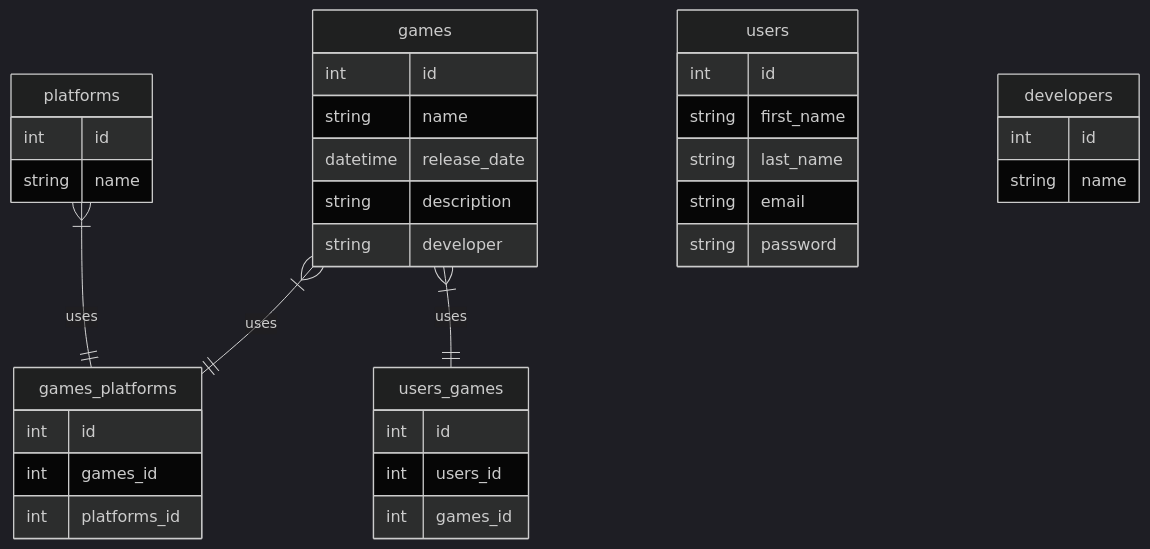
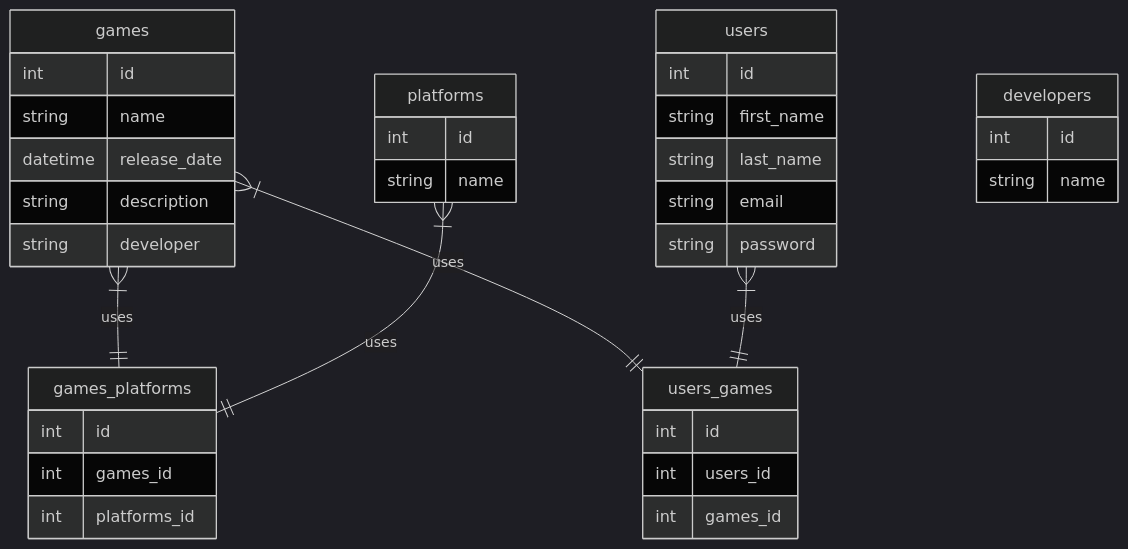
The second of 2 diagrams in README.md (Haikira/VGLogger), drawn with Mermaid before and after one commit.

````diff
--- a/README.md
+++ b/README.md
@@ -39,43 +39,44 @@
 ``` mermaid
 %%{init: {'theme': 'dark' } }%%
 
 erDiagram
 
         games {
                 int id
                 string name
                 datetime release_date
                 string description
                 string developer
         }
         platforms {
                 int id
                 string name                
         }
         games_platforms {
                 int id
                 int games_id
                 int platforms_id
         }
         users_games {
                 int id
                 int users_id
                 int games_id
         }
         users {
                 int id
                 string first_name
                 string last_name
                 string email
                 string password
         }
         developers {
                 int id
                 string name
         }
         
         games }|--|| games_platforms: "uses"
         platforms }|--|| games_platforms: "uses"
         games }|--|| users_games: "uses"
+        users }|--|| users_games: "uses"
 
 ```
````
